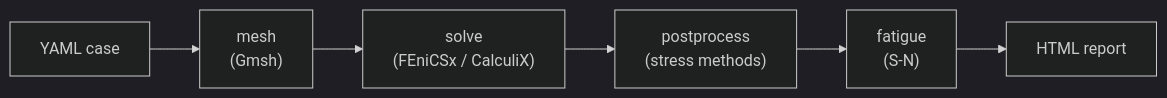
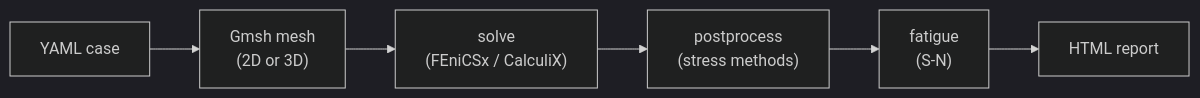
The diagram in docs/tutorials/01_yaml_analysis.md (sonoransun/feaweld), drawn with Mermaid (dark theme) before and after one commit. The commit also changed other lines of this file and 92 other files, not shown here.

````diff
--- a/docs/tutorials/01_yaml_analysis.md
+++ b/docs/tutorials/01_yaml_analysis.md
@@ -5,4 +5,4 @@
 ```mermaid
 flowchart LR
-    yaml["YAML case"] --> mesh["mesh<br/>(Gmsh)"] --> solve["solve<br/>(FEniCSx / CalculiX)"] --> pp["postprocess<br/>(stress methods)"] --> fat["fatigue<br/>(S-N)"] --> rep["HTML report"]
+    yaml["YAML case"] --> mesh["Gmsh mesh<br/>(2D or 3D)"] --> solve["solve<br/>(FEniCSx / CalculiX)"] --> pp["postprocess<br/>(stress methods)"] --> fat["fatigue<br/>(S-N)"] --> rep["HTML report"]
 ```
````
